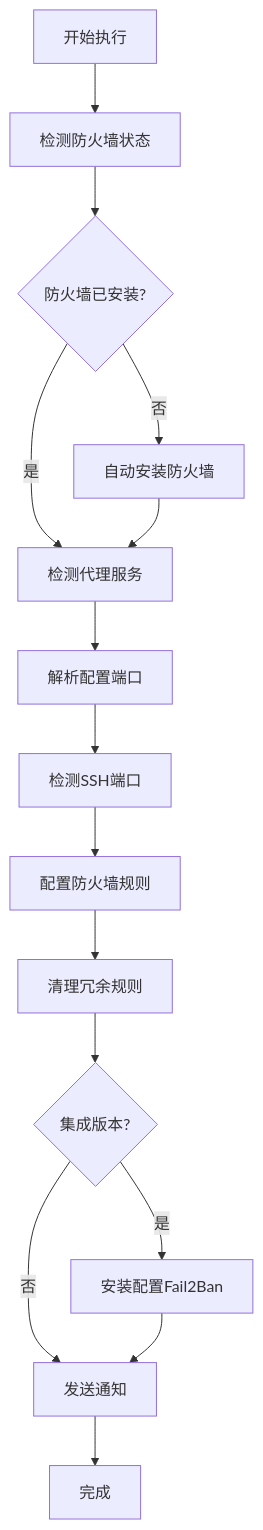
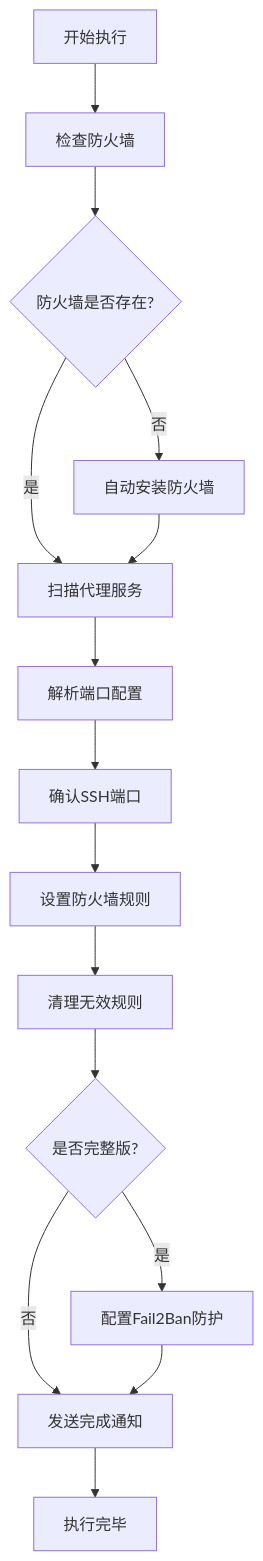
The diagram in README.md (SKIPPINGpetticoatconvent/Vps-auto-maintain), drawn with Mermaid before and after one commit. The commit also changed other lines of this file, not shown here.

````diff
--- a/README.md
+++ b/README.md
@@ -166,17 +121,17 @@
 ```mermaid
 graph TD
-    A[开始执行] --> B[检测防火墙状态]
-    B --> C{防火墙已安装?}
+    A[开始执行] --> B[检查防火墙]
+    B --> C{防火墙是否存在?}
     C -->|否| D[自动安装防火墙]
-    C -->|是| E[检测代理服务]
+    C -->|是| E[扫描代理服务]
     D --> E
-    E --> F[解析配置端口]
-    F --> G[检测SSH端口]
-    G --> H[配置防火墙规则]
-    H --> I[清理冗余规则]
-    I --> J{集成版本?}
-    J -->|是| K[安装配置Fail2Ban]
-    J -->|否| L[发送通知]
+    E --> F[解析端口配置]
+    F --> G[确认SSH端口]
+    G --> H[设置防火墙规则]
+    H --> I[清理无效规则]
+    I --> J{是否完整版?}
+    J -->|是| K[配置Fail2Ban防护]
+    J -->|否| L[发送完成通知]
     K --> L
-    L --> M[完成]
+    L --> M[执行完毕]
 ```
````
